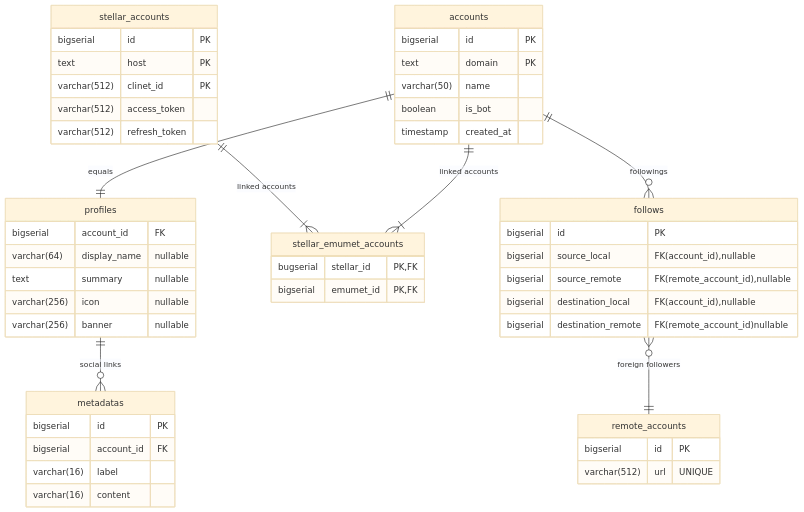
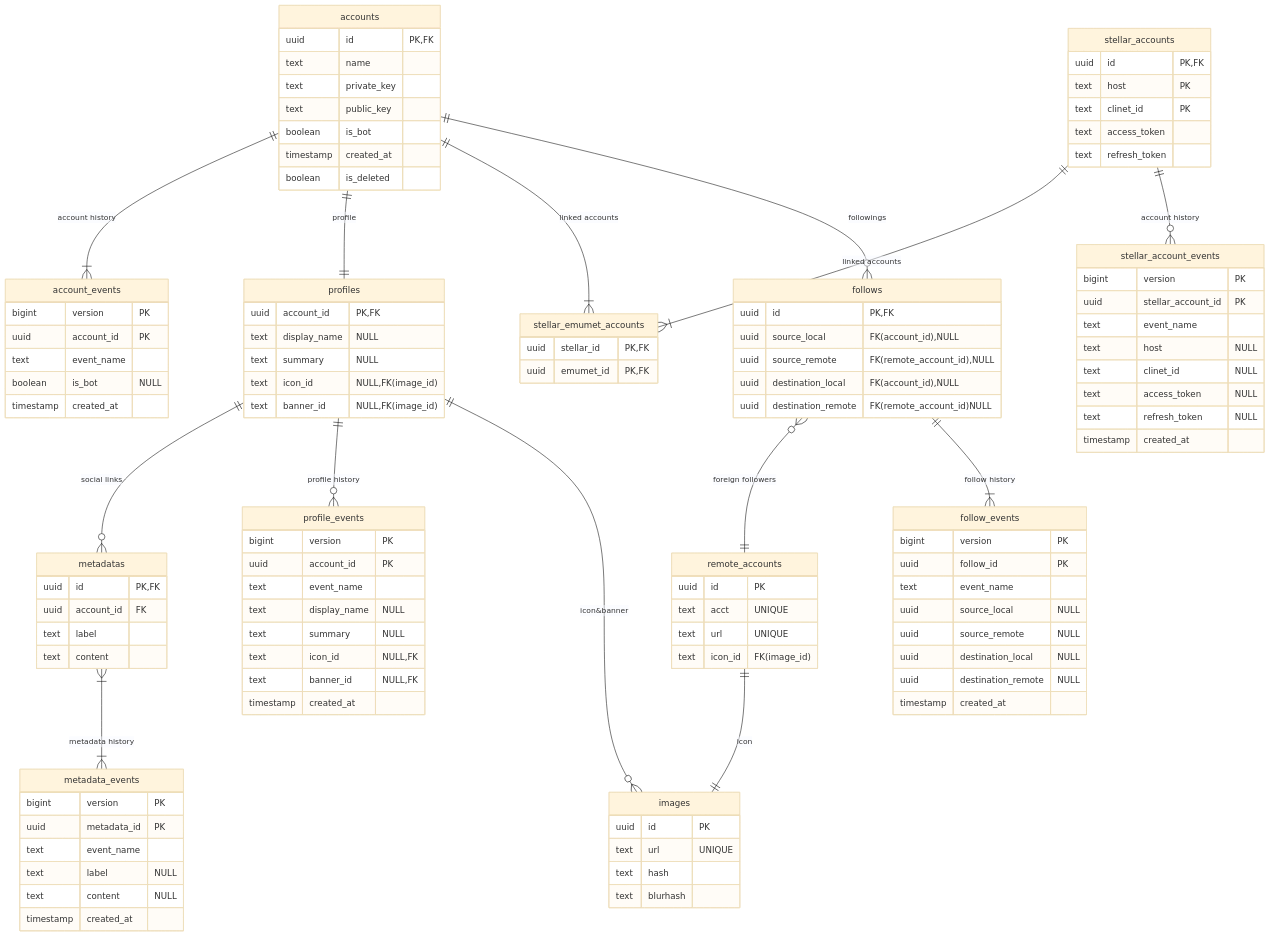
Before and after one commit to ShuttlePub/document: the diagram in docs/emumet/data-structure.md, drawn with Mermaid (base theme). The commit also changed 7 other files, not shown here.

````diff
--- a/docs/emumet/data-structure.md
+++ b/docs/emumet/data-structure.md
@@ -5,54 +5,114 @@
 ```mermaid
 erDiagram
-accounts {
-	bigserial id "PK"
-	text domain "PK"
-	varchar(50) name
-	boolean is_bot
-	timestamp created_at
-}
-profiles {
-	bigserial account_id "FK"
-	varchar(64) display_name "nullable"
-	text summary "nullable"
- 	varchar(256) icon "nullable"
-	varchar(256) banner "nullable"
-}
-metadatas {
-	bigserial id "PK"
-	bigserial account_id "FK"
-	varchar(16) label
-	varchar(16) content
-}
-stellar_accounts {
-	bigserial id "PK"
-	text host "PK"
-	varchar(512) clinet_id "PK"
-	varchar(512) access_token
-	varchar(512) refresh_token
-}
-stellar_emumet_accounts {
-	bugserial stellar_id "PK,FK"
-	bigserial emumet_id "PK,FK"
-}
-follows {
-	bigserial id "PK"
-	bigserial source_local "FK(account_id),nullable"
-	bigserial source_remote "FK(remote_account_id),nullable"
-	
-	bigserial destination_local "FK(account_id),nullable"
-	bigserial destination_remote "FK(remote_account_id)nullable"
-}
+    accounts {
+        uuid id "PK,FK"
+        text name
+        text private_key
+        text public_key
+        boolean is_bot
+        timestamp created_at
+        boolean is_deleted
+    }
+    account_events {
+        bigint version "PK"
+        uuid account_id "PK"
+        text event_name
+        boolean is_bot "NULL"
+        timestamp created_at
+    }
+    profiles {
+        uuid account_id "PK,FK"
+        text display_name "NULL"
+        text summary "NULL"
+        text icon_id "NULL,FK(image_id)"
+        text banner_id "NULL,FK(image_id)"
+    }
+    profile_events {
+        bigint version "PK"
+        uuid account_id "PK"
+        text event_name
+        text display_name "NULL"
+        text summary "NULL"
+        text icon_id "NULL,FK"
+        text banner_id "NULL,FK"
+        timestamp created_at
+    }
+    metadatas {
+        uuid id "PK,FK"
+        uuid account_id "FK"
+        text label
+        text content
+    }
+    metadata_events {
+        bigint version "PK"
+        uuid metadata_id "PK"
+        text event_name
+        text label "NULL"
+        text content "NULL"
+        timestamp created_at
+    }
+    stellar_accounts {
+        uuid id "PK,FK"
+        text host "PK"
+        text clinet_id "PK"
+        text access_token
+        text refresh_token
+    }
+    stellar_account_events {
+        bigint version "PK"
+        uuid stellar_account_id "PK"
+        text event_name
+        text host "NULL"
+        text clinet_id "NULL"
+        text access_token "NULL"
+        text refresh_token "NULL"
+        timestamp created_at
+    }
+    stellar_emumet_accounts {
+        uuid stellar_id "PK,FK"
+        uuid emumet_id "PK,FK"
+    }
+    follows {
+        uuid id "PK,FK"
+        uuid source_local "FK(account_id),NULL"
+        uuid source_remote "FK(remote_account_id),NULL"
+        uuid destination_local "FK(account_id),NULL"
+        uuid destination_remote "FK(remote_account_id)NULL"
+    }
+    follow_events {
+        bigint version "PK"
+        uuid follow_id "PK"
+        text event_name
+        uuid source_local "NULL"
+        uuid source_remote "NULL"
+        uuid destination_local "NULL"
+        uuid destination_remote "NULL"
+        timestamp created_at
+    }
+    remote_accounts {
+        uuid id "PK"
+        text acct "UNIQUE"
+        text url "UNIQUE"
+        text icon_id "FK(image_id)"
+    }
+    images {
+        uuid id "PK"
+        text url "UNIQUE"
+        text hash
+        text blurhash
+    }
 
-remote_accounts {
-	bigserial id "PK"
-	varchar(512) url "UNIQUE"
-}
-
-accounts ||--|| profiles : "equals"
-stellar_accounts ||--|{ stellar_emumet_accounts : "linked accounts"
-accounts ||--|{ stellar_emumet_accounts : "linked accounts"
-profiles ||--o{ metadatas : "social links"
-accounts ||--o{ follows : "followings"
-follows }o--|| remote_accounts : "foreign followers"
+    accounts ||--|{ account_events: "account history"
+    accounts ||--|| profiles: "profile"
+    stellar_accounts ||--|{ stellar_emumet_accounts: "linked accounts"
+    stellar_accounts ||--o{ stellar_account_events: "account history"
+    accounts ||--|{ stellar_emumet_accounts: "linked accounts"
+    metadatas }|--|{ metadata_events: "metadata history"
+    profiles ||--o{ metadatas: "social links"
+    profiles ||--o{ profile_events: "profile history"
+    accounts ||--o{ follows: "followings"
+    follows }o--|| remote_accounts: "foreign followers"
+    follows ||--|{ follow_events: "follow history"
+    profiles ||--o{ images: "icon&banner"
+    remote_accounts ||--|| images: "icon"
 ```
````
